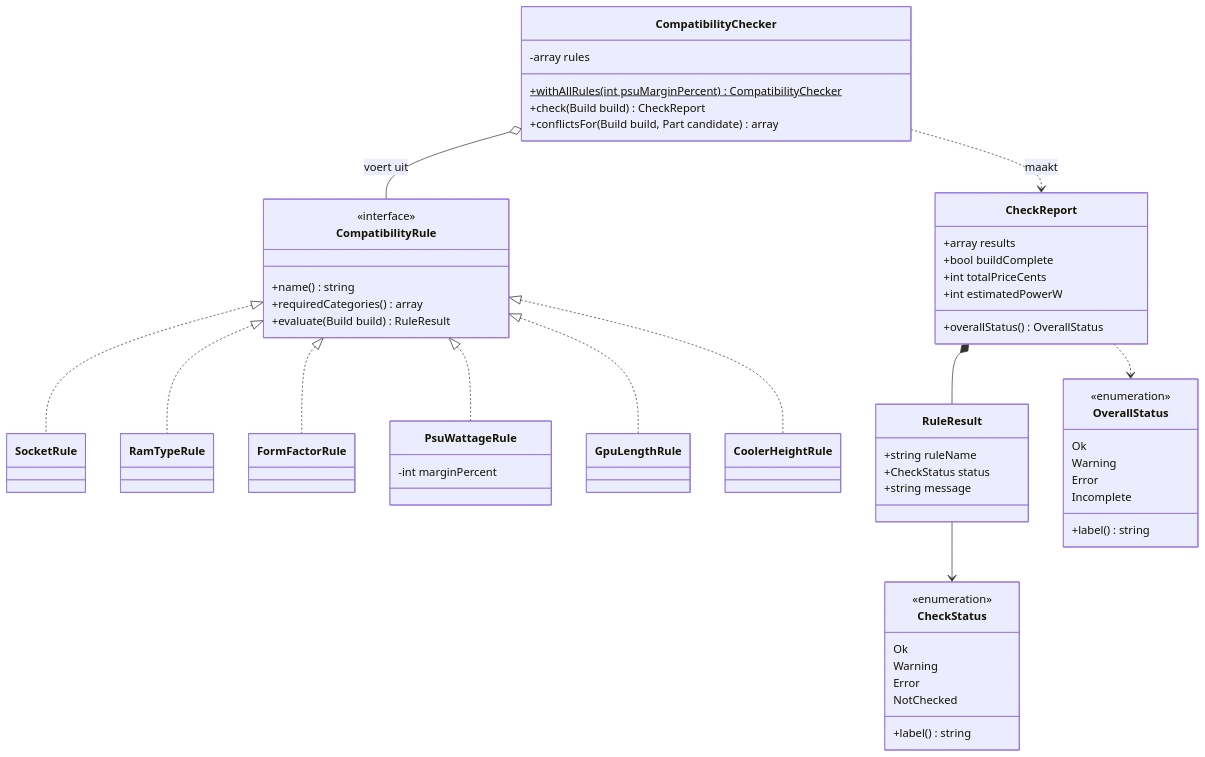
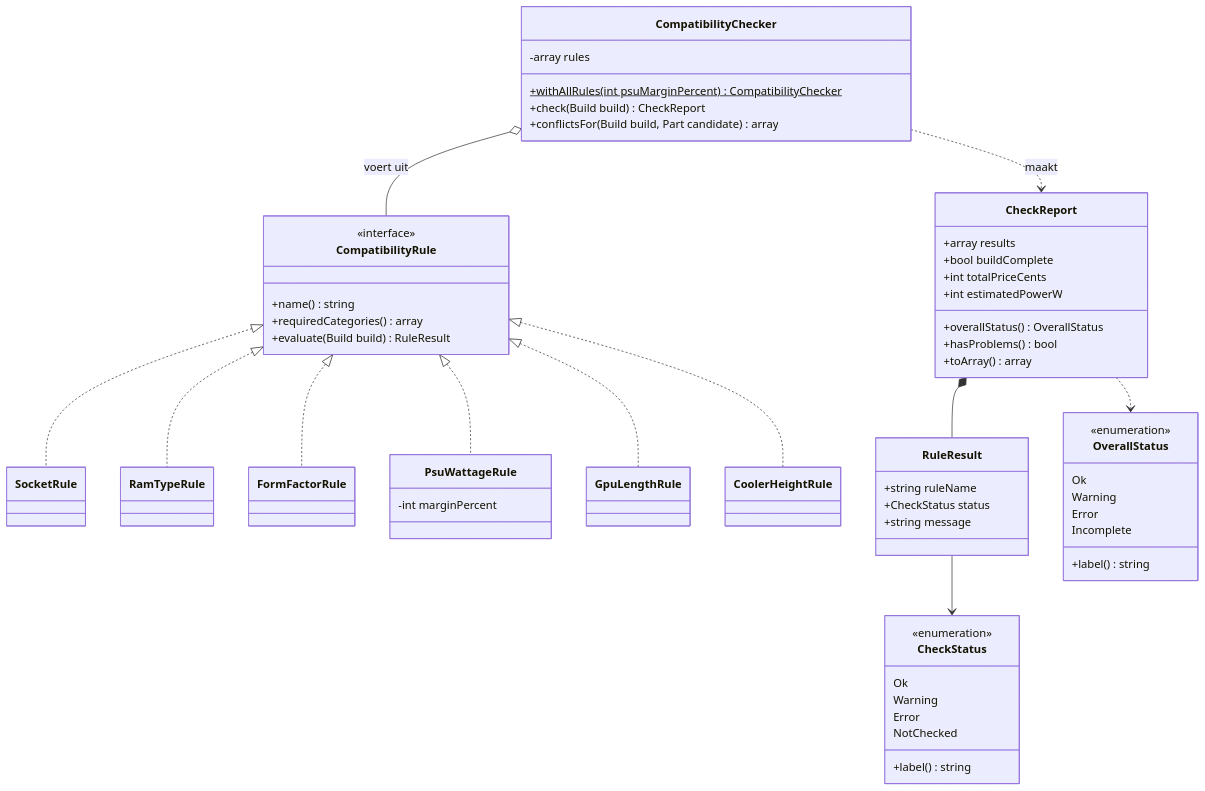
The fifth of 9 diagrams in docs/ontwerp.md (Niels023/pc-bouwplanner), drawn with Mermaid before and after one commit. The commit also changed other lines of this file and 4 other files, not shown here.

````diff
--- a/docs/ontwerp.md
+++ b/docs/ontwerp.md
@@ -329,63 +330,65 @@
 ```mermaid
 classDiagram
     class CompatibilityRule {
         <<interface>>
         +name() string
         +requiredCategories() array
         +evaluate(Build build) RuleResult
     }
     class SocketRule
     class RamTypeRule
     class FormFactorRule
     class PsuWattageRule {
         -int marginPercent
     }
     class GpuLengthRule
     class CoolerHeightRule
     class CompatibilityChecker {
         -array rules
         +withAllRules(int psuMarginPercent) CompatibilityChecker$
         +check(Build build) CheckReport
         +conflictsFor(Build build, Part candidate) array
     }
     class CheckReport {
         +array results
         +bool buildComplete
         +int totalPriceCents
         +int estimatedPowerW
         +overallStatus() OverallStatus
+        +hasProblems() bool
+        +toArray() array
     }
     class RuleResult {
         +string ruleName
         +CheckStatus status
         +string message
     }
     class CheckStatus {
         <<enumeration>>
         Ok
         Warning
         Error
         NotChecked
         +label() string
     }
     class OverallStatus {
         <<enumeration>>
         Ok
         Warning
         Error
         Incomplete
         +label() string
     }
 
     CompatibilityRule <|.. SocketRule
     CompatibilityRule <|.. RamTypeRule
     CompatibilityRule <|.. FormFactorRule
     CompatibilityRule <|.. PsuWattageRule
     CompatibilityRule <|.. GpuLengthRule
     CompatibilityRule <|.. CoolerHeightRule
     CompatibilityChecker o-- CompatibilityRule : voert uit
     CompatibilityChecker ..> CheckReport : maakt
     CheckReport *-- RuleResult
     RuleResult --> CheckStatus
     CheckReport ..> OverallStatus
 ```
````
